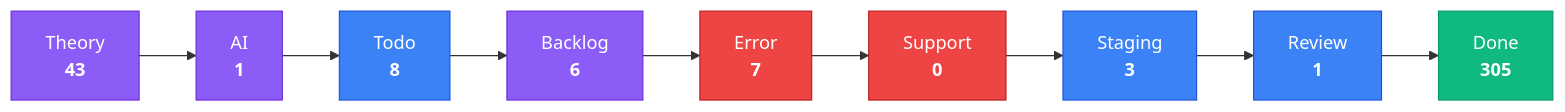
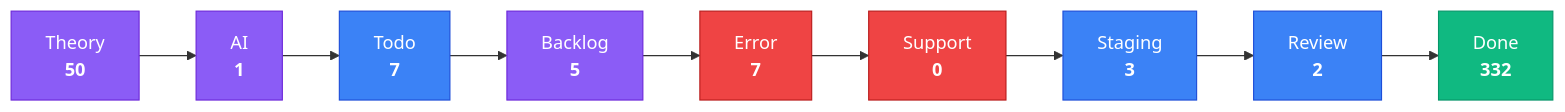
Before and after one commit to KBVE/kbve: the third of 4 diagrams in apps/kbve/astro-kbve/src/content/docs/dashboard/kanban-data.mdx, drawn with Mermaid. The commit also changed other lines of this file and 7 other files, not shown here.

````diff
--- a/apps/kbve/astro-kbve/src/content/docs/dashboard/kanban-data.mdx
+++ b/apps/kbve/astro-kbve/src/content/docs/dashboard/kanban-data.mdx
@@ -80,28 +80,28 @@
 ```mermaid
 flowchart LR
     classDef planning fill:#8b5cf6,stroke:#6d28d9,color:#fff
     classDef active fill:#3b82f6,stroke:#1d4ed8,color:#fff
     classDef blocked fill:#ef4444,stroke:#b91c1c,color:#fff
     classDef done fill:#10b981,stroke:#059669,color:#fff
-    Theory["Theory<br/><strong>43</strong>"]
+    Theory["Theory<br/><strong>50</strong>"]
     Theory --> AI
     AI["AI<br/><strong>1</strong>"]
     AI --> Todo
-    Todo["Todo<br/><strong>8</strong>"]
+    Todo["Todo<br/><strong>7</strong>"]
     Todo --> Backlog
-    Backlog["Backlog<br/><strong>6</strong>"]
+    Backlog["Backlog<br/><strong>5</strong>"]
     Backlog --> Error
     Error["Error<br/><strong>7</strong>"]
     Error --> Support
     Support["Support<br/><strong>0</strong>"]
     Support --> Staging
     Staging["Staging<br/><strong>3</strong>"]
     Staging --> Review
-    Review["Review<br/><strong>1</strong>"]
+    Review["Review<br/><strong>2</strong>"]
     Review --> Done
-    Done["Done<br/><strong>305</strong>"]
+    Done["Done<br/><strong>332</strong>"]
     class Theory,AI,Backlog planning
     class Todo,Staging,Review active
     class Error,Support blocked
     class Done done
 ```
````
